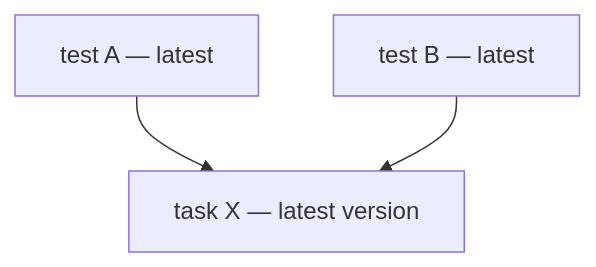
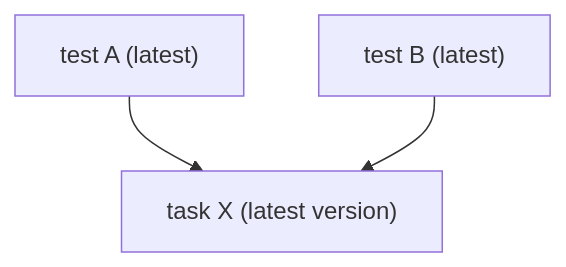
The third of 3 diagrams in docs/ai-test-automation/test-authoring/creating-tests/tasks.md (harness/developer-hub), drawn with Mermaid before and after one commit. The commit also changed other lines of this file and 1 other file, not shown here.

````diff
--- a/docs/ai-test-automation/test-authoring/creating-tests/tasks.md
+++ b/docs/ai-test-automation/test-authoring/creating-tests/tasks.md
@@ -116,8 +156,8 @@
 ```mermaid
 flowchart TB
-  Xlatest["task X — latest version"]
-  Ta["test A — latest"]
-  Tb["test B — latest"]
+  Xlatest["task X (latest version)"]
+  Ta["test A (latest)"]
+  Tb["test B (latest)"]
   Ta --> Xlatest
   Tb --> Xlatest
 ```
````
